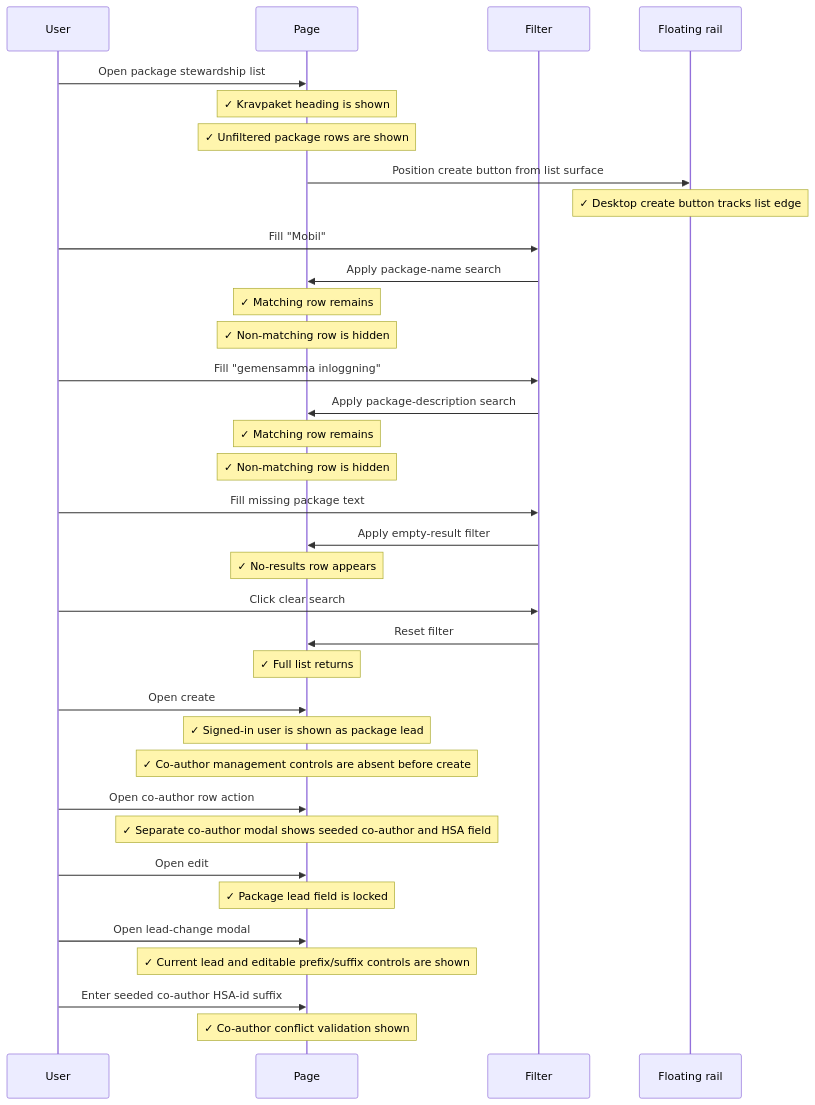
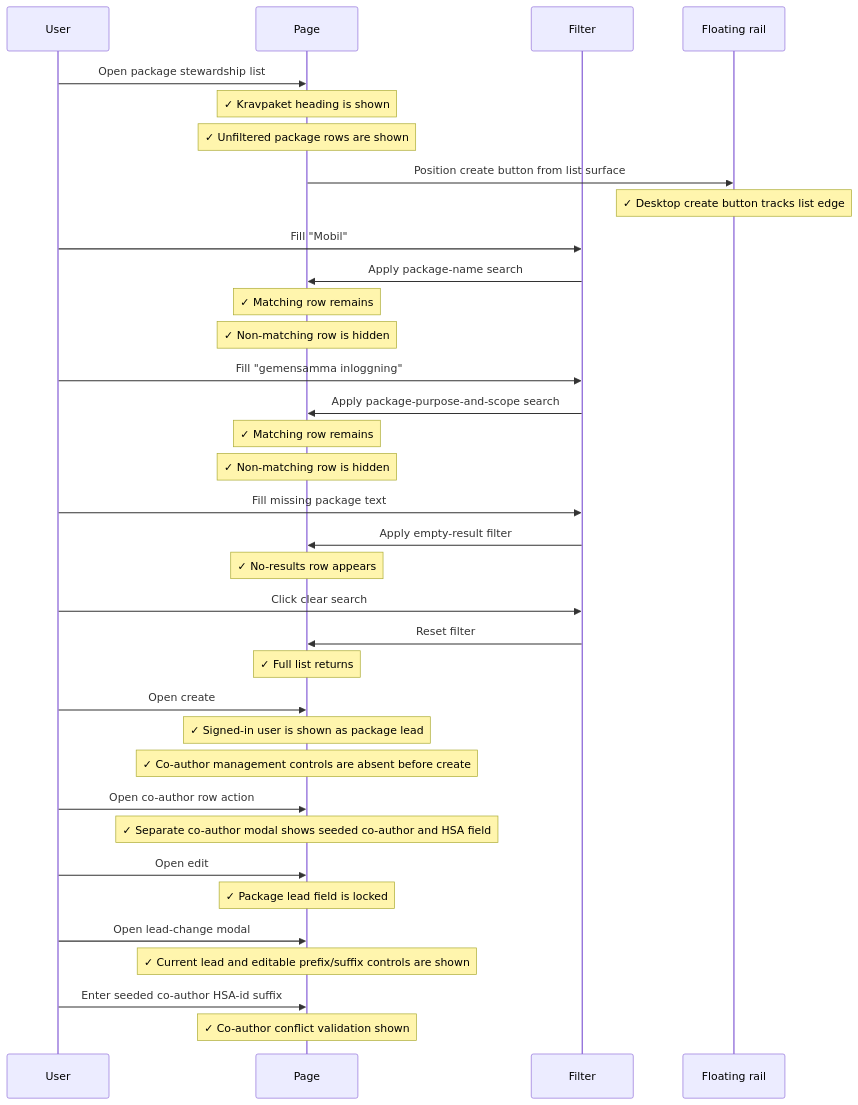
One commit to viscalyx/Kravhantering changed the second of 3 diagrams in tests/integration/requirement-packages-list.md. Above: the diagram before and after it, drawn with Mermaid. The commit also changed other lines of this file and 283 other files, not shown here.

````diff
--- a/tests/integration/requirement-packages-list.md
+++ b/tests/integration/requirement-packages-list.md
@@ -99,38 +100,38 @@
 ```mermaid
 sequenceDiagram
     participant U as User
     participant P as Page
     participant F as Filter
     participant R as Floating rail
 
     U->>P: Open package stewardship list
     Note over P: ✓ Kravpaket heading is shown
     Note over P: ✓ Unfiltered package rows are shown
     P->>R: Position create button from list surface
     Note over R: ✓ Desktop create button tracks list edge
     U->>F: Fill "Mobil"
     F->>P: Apply package-name search
     Note over P: ✓ Matching row remains
     Note over P: ✓ Non-matching row is hidden
     U->>F: Fill "gemensamma inloggning"
-    F->>P: Apply package-description search
+    F->>P: Apply package-purpose-and-scope search
     Note over P: ✓ Matching row remains
     Note over P: ✓ Non-matching row is hidden
     U->>F: Fill missing package text
     F->>P: Apply empty-result filter
     Note over P: ✓ No-results row appears
     U->>F: Click clear search
     F->>P: Reset filter
     Note over P: ✓ Full list returns
     U->>P: Open create
     Note over P: ✓ Signed-in user is shown as package lead
     Note over P: ✓ Co-author management controls are absent before create
     U->>P: Open co-author row action
     Note over P: ✓ Separate co-author modal shows seeded co-author and HSA field
     U->>P: Open edit
     Note over P: ✓ Package lead field is locked
     U->>P: Open lead-change modal
     Note over P: ✓ Current lead and editable prefix/suffix controls are shown
     U->>P: Enter seeded co-author HSA-id suffix
     Note over P: ✓ Co-author conflict validation shown
 ```
````
